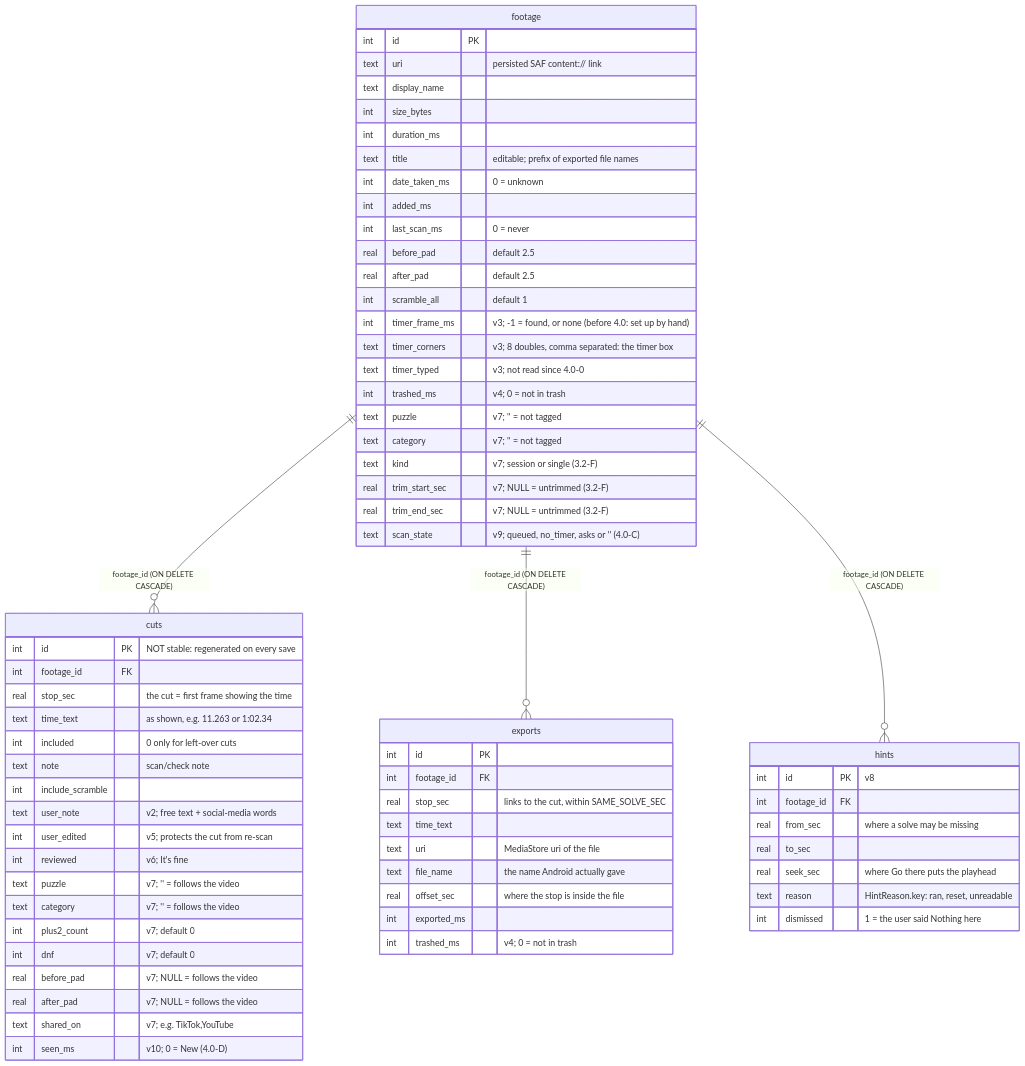
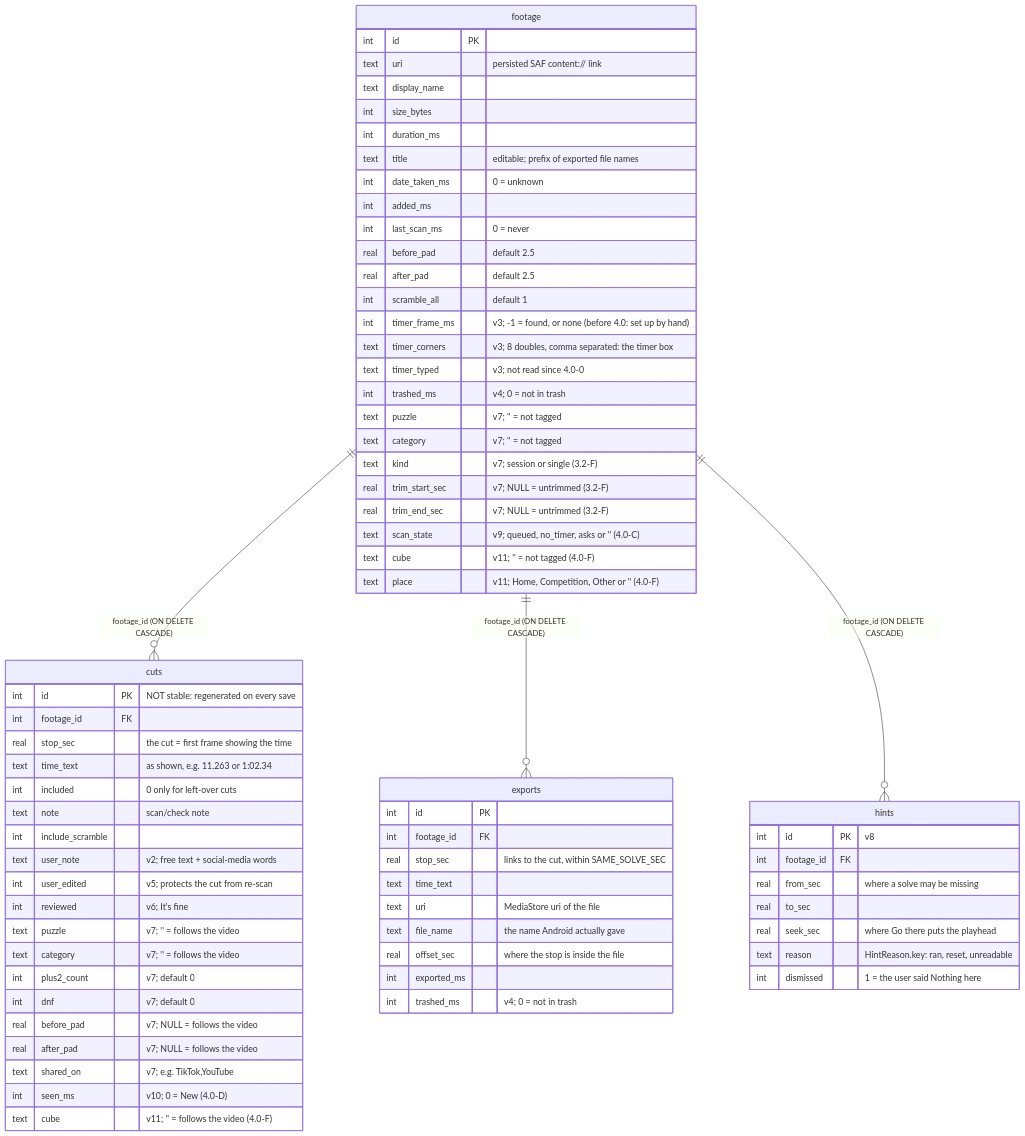
The diagram in docs/data-model.md (justinihil/CubeCut), drawn with Mermaid before and after one commit. The commit also changed other lines of this file and 16 other files, not shown here.

First line of the commit message:
feat(tags): cube and place tags; cube, place and penalty filters (4.0-F)

````diff
--- a/docs/data-model.md
+++ b/docs/data-model.md
@@ -19,70 +19,73 @@
 ```mermaid
 erDiagram
   footage ||--o{ cuts : "footage_id (ON DELETE CASCADE)"
   footage ||--o{ exports : "footage_id (ON DELETE CASCADE)"
   footage ||--o{ hints : "footage_id (ON DELETE CASCADE)"
   footage {
     int id PK
     text uri "persisted SAF content:// link"
     text display_name
     int size_bytes
     int duration_ms
     text title "editable; prefix of exported file names"
     int date_taken_ms "0 = unknown"
     int added_ms
     int last_scan_ms "0 = never"
     real before_pad "default 2.5"
     real after_pad "default 2.5"
     int scramble_all "default 1"
     int timer_frame_ms "v3; -1 = found, or none (before 4.0: set up by hand)"
     text timer_corners "v3; 8 doubles, comma separated: the timer box"
     text timer_typed "v3; not read since 4.0-0"
     int trashed_ms "v4; 0 = not in trash"
     text puzzle "v7; '' = not tagged"
     text category "v7; '' = not tagged"
     text kind "v7; session or single (3.2-F)"
     real trim_start_sec "v7; NULL = untrimmed (3.2-F)"
     real trim_end_sec "v7; NULL = untrimmed (3.2-F)"
     text scan_state "v9; queued, no_timer, asks or '' (4.0-C)"
+    text cube "v11; '' = not tagged (4.0-F)"
+    text place "v11; Home, Competition, Other or '' (4.0-F)"
   }
   cuts {
     int id PK "NOT stable: regenerated on every save"
     int footage_id FK
     real stop_sec "the cut = first frame showing the time"
     text time_text "as shown, e.g. 11.263 or 1:02.34"
     int included "0 only for left-over cuts"
     text note "scan/check note"
     int include_scramble
     text user_note "v2; free text + social-media words"
     int user_edited "v5; protects the cut from re-scan"
     int reviewed "v6; It's fine"
     text puzzle "v7; '' = follows the video"
     text category "v7; '' = follows the video"
     int plus2_count "v7; default 0"
     int dnf "v7; default 0"
     real before_pad "v7; NULL = follows the video"
     real after_pad "v7; NULL = follows the video"
     text shared_on "v7; e.g. TikTok,YouTube"
     int seen_ms "v10; 0 = New (4.0-D)"
+    text cube "v11; '' = follows the video (4.0-F)"
   }
   exports {
     int id PK
     int footage_id FK
     real stop_sec "links to the cut, within SAME_SOLVE_SEC"
     text time_text
     text uri "MediaStore uri of the file"
     text file_name "the name Android actually gave"
     real offset_sec "where the stop is inside the file"
     int exported_ms
     int trashed_ms "v4; 0 = not in trash"
   }
   hints {
     int id PK "v8"
     int footage_id FK
     real from_sec "where a solve may be missing"
     real to_sec
     real seek_sec "where Go there puts the playhead"
     text reason "HintReason.key: ran, reset, unreadable"
     int dismissed "1 = the user said Nothing here"
   }
 ```
````
